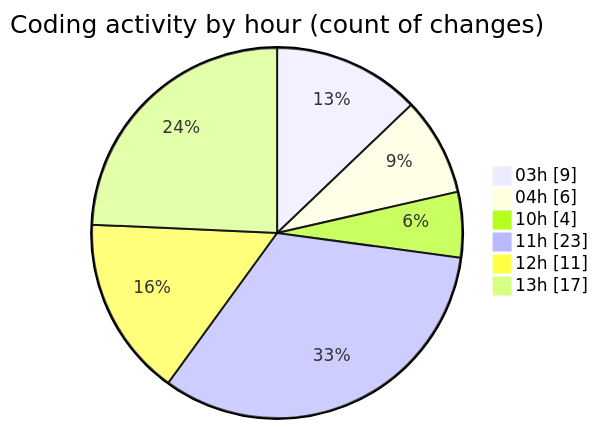
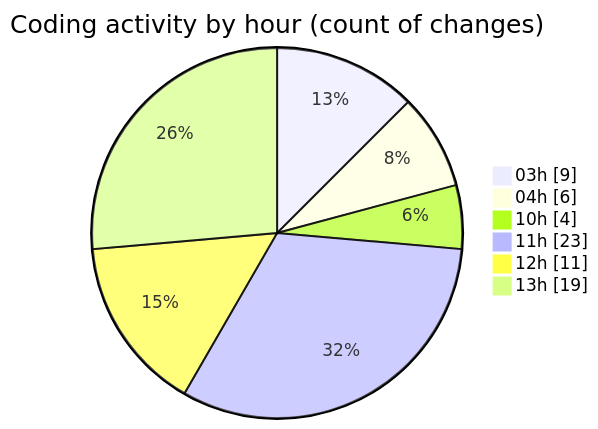
The second of 2 diagrams in 2025-10-30/eventscop-frontend-guide__workspace_/README.md (julien-gomy/code-tracking), drawn with Mermaid before and after one commit. The commit also changed other lines of this file and 1 other file, not shown here.

````diff
--- a/2025-10-30/eventscop-frontend-guide__workspace_/README.md
+++ b/2025-10-30/eventscop-frontend-guide__workspace_/README.md
@@ -42,10 +42,10 @@
 ```mermaid
 pie showData
 title Coding activity by hour (count of changes)
 "03h" : 9
 "04h" : 6
 "10h" : 4
 "11h" : 23
 "12h" : 11
-"13h" : 17
+"13h" : 19
 ```
````
